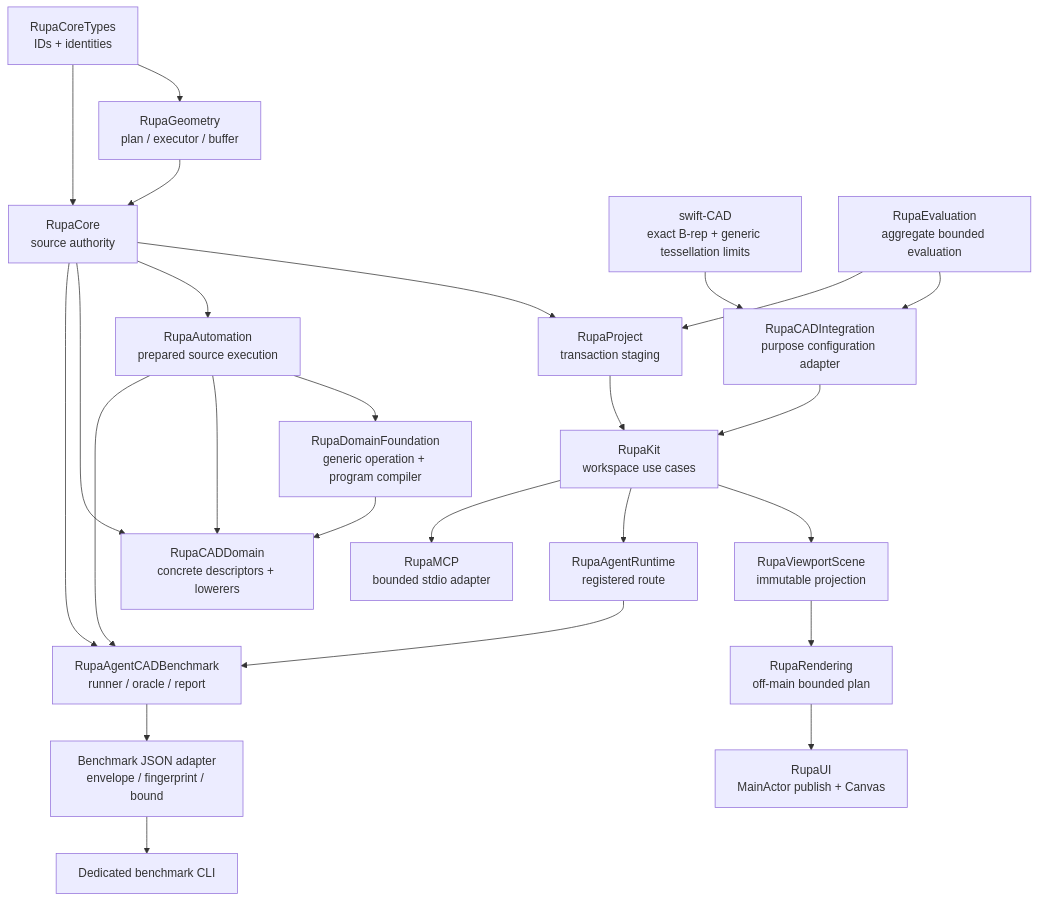
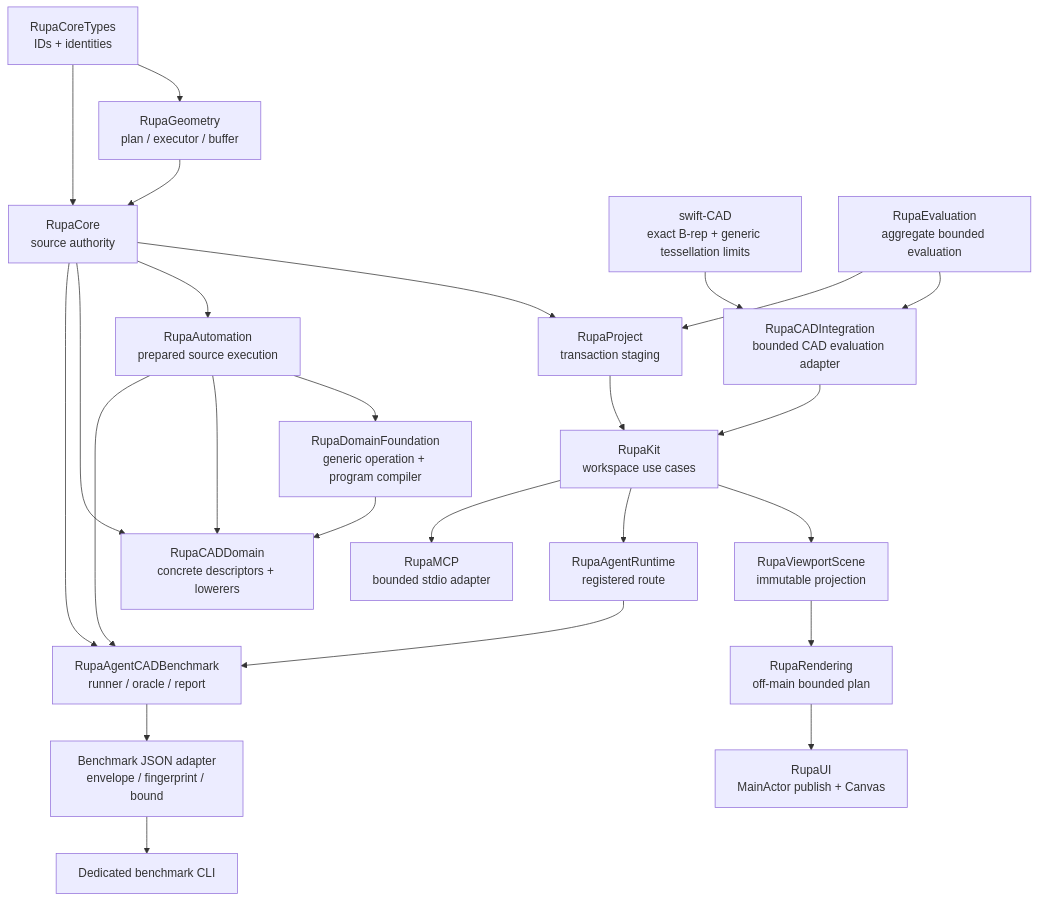
Before and after one commit to 1amageek/Rupa: the second of 2 diagrams in RupaKit/DESIGN.md, drawn with Mermaid. The commit also changed other lines of this file and 32 other files, not shown here.

````diff
--- a/RupaKit/DESIGN.md
+++ b/RupaKit/DESIGN.md
@@ -183,27 +183,27 @@
 ```mermaid
 flowchart TD
     Types["RupaCoreTypes\nIDs + identities"] --> G["RupaGeometry\nplan / executor / buffer"]
     Types --> C["RupaCore\nsource authority"]
     G --> C
-    SwiftCAD["swift-CAD\nexact B-rep + generic tessellation limits"] --> CI["RupaCADIntegration\npurpose configuration adapter"]
+    SwiftCAD["swift-CAD\nexact B-rep + generic tessellation limits"] --> CI["RupaCADIntegration\nbounded CAD evaluation adapter"]
     E["RupaEvaluation\naggregate bounded evaluation"] --> CI
     CI --> K
     C --> P["RupaProject\ntransaction staging"]
     C --> A["RupaAutomation\nprepared source execution"]
     A --> D["RupaDomainFoundation\ngeneric operation + program compiler"]
     D --> CAD["RupaCADDomain\nconcrete descriptors + lowerers"]
     A --> CAD
     C --> CAD
     P --> K["RupaKit\nworkspace use cases"]
     E --> P
     K --> Scene["RupaViewportScene\nimmutable projection"]
     Scene --> Rendering["RupaRendering\noff-main bounded plan"]
     Rendering --> UI["RupaUI\nMainActor publish + Canvas"]
     K --> R["RupaAgentRuntime\nregistered route"]
     K --> M["RupaMCP\nbounded stdio adapter"]
     R --> B["RupaAgentCADBenchmark\nrunner / oracle / report"]
     C --> B
     A --> B
     B --> J["Benchmark JSON adapter\nenvelope / fingerprint / bound"]
     J --> CLI["Dedicated benchmark CLI"]
 ```
````
